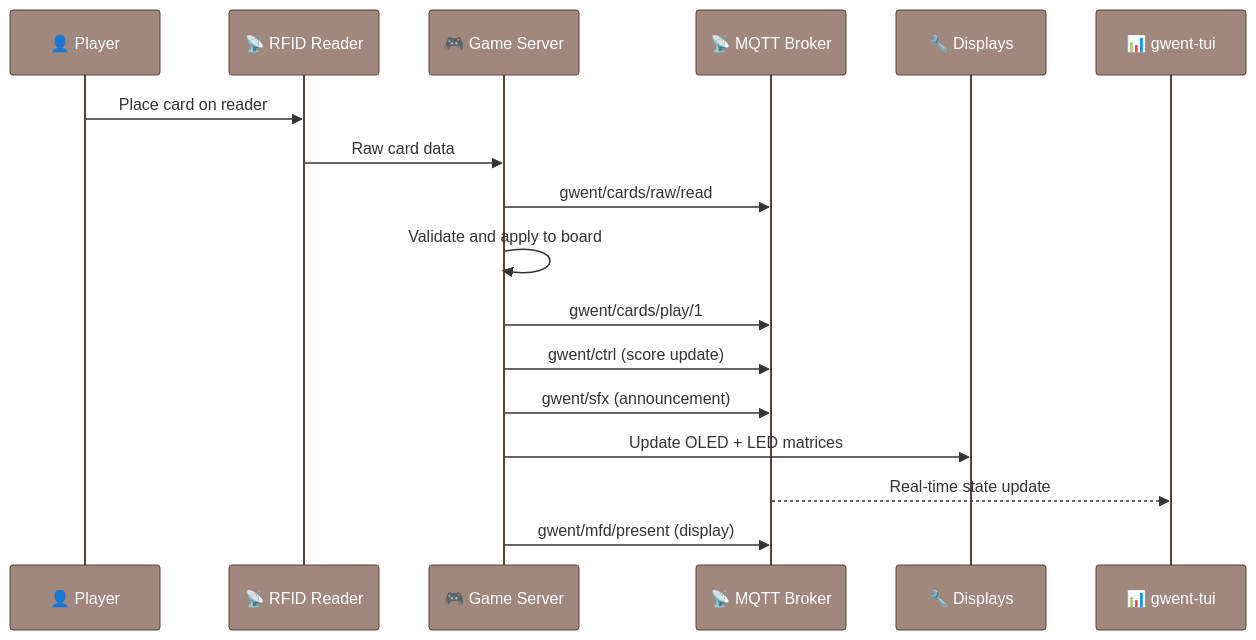
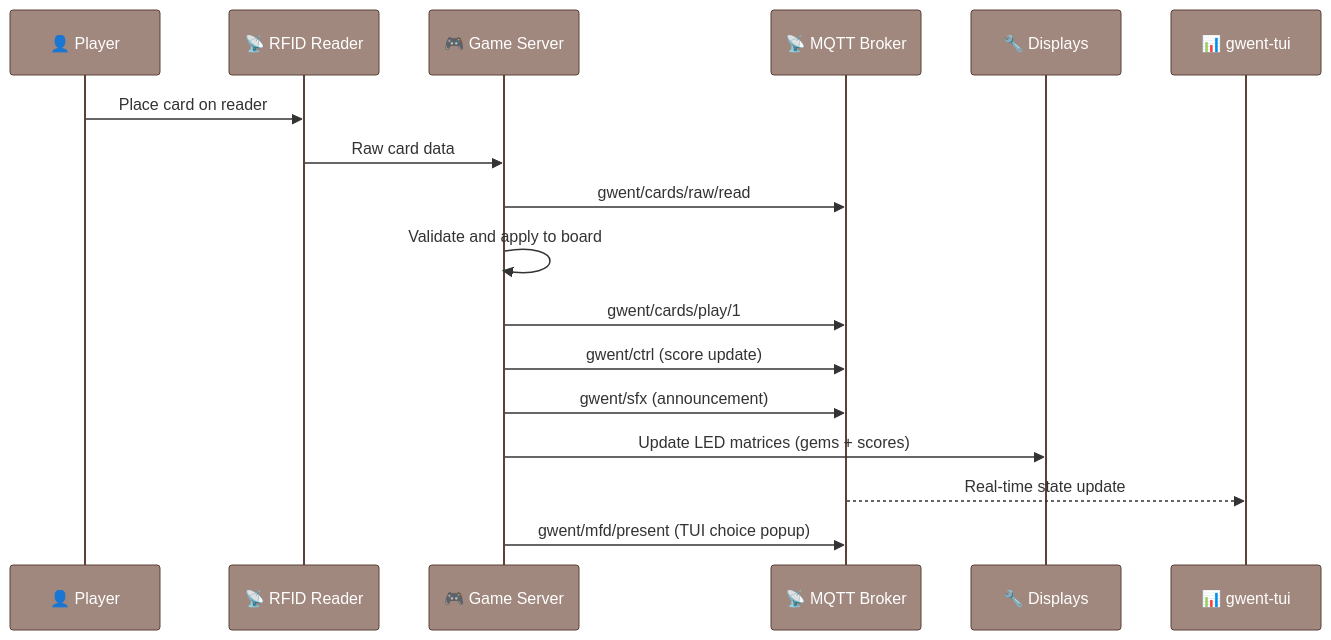
The seventh of 7 diagrams in design/GwentArchitecture.md (declanshanaghy/gwent), drawn with Mermaid before and after one commit. The commit also changed other lines of this file and 30 other files, not shown here.

````diff
--- a/design/GwentArchitecture.md
+++ b/design/GwentArchitecture.md
@@ -401,40 +519,40 @@
 ```mermaid
 %%{init: {
   'theme': 'base',
   'themeVariables': {
     'primaryColor': '#6d1a36',
     'primaryTextColor': '#333',
     'primaryBorderColor': '#7C4DFF',
     'lineColor': '#7C4DFF',
     'secondaryColor': '#D7CCC8',
     'tertiaryColor': '#EFEBE9',
     'fontFamily': 'Courier New',
     'fontSize': '16px',
     'actorBkg': '#A1887F',
     'actorBorder': '#5D4037',
     'actorTextColor': '#fff',
     'noteBkgColor': '#EFEBE9',
     'noteBorderColor': '#5D4037',
     'noteTextColor': '#3E2723'
   }
 }}%%
 
 sequenceDiagram
     participant P as 👤 Player
     participant RFID as 📡 RFID Reader
     participant GS as 🎮 Game Server
     participant MQTT as 📡 MQTT Broker
     participant HW as 🔧 Displays
     participant TUI as 📊 gwent-tui
 
     P->>RFID: Place card on reader
     RFID->>GS: Raw card data
     GS->>MQTT: gwent/cards/raw/read
     GS->>GS: Validate and apply to board
     GS->>MQTT: gwent/cards/play/1
     GS->>MQTT: gwent/ctrl (score update)
     GS->>MQTT: gwent/sfx (announcement)
-    GS->>HW: Update OLED + LED matrices
+    GS->>HW: Update LED matrices (gems + scores)
     MQTT-->>TUI: Real-time state update
-    GS->>MQTT: gwent/mfd/present (display)
+    GS->>MQTT: gwent/mfd/present (TUI choice popup)
 ```
````
